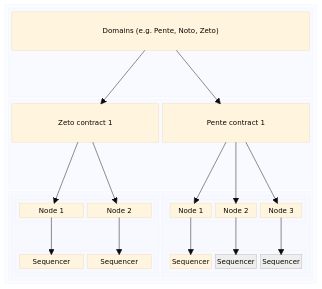
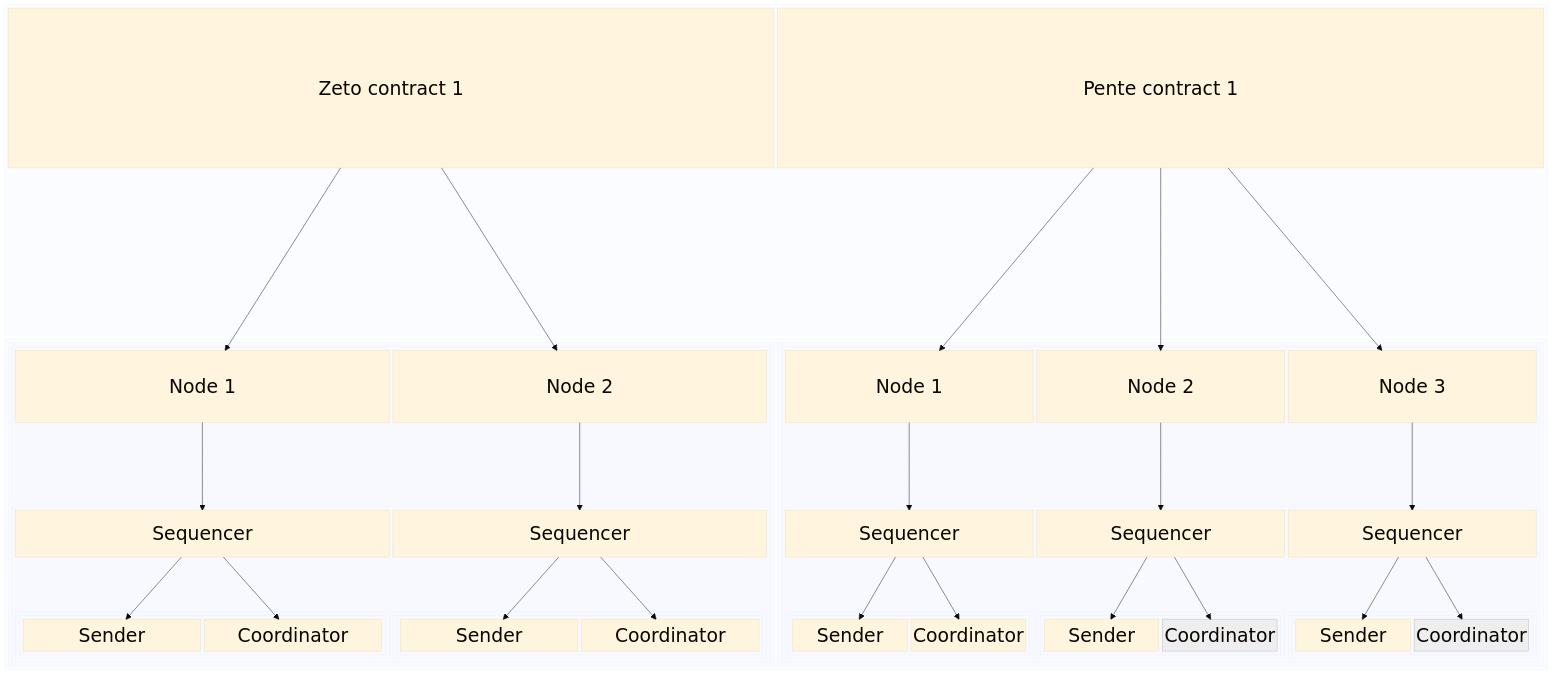
The first of 7 diagrams in doc-site/docs/architecture/distributed_sequencer.md (matthew1001/paladin), drawn with Mermaid before and after one commit. The commit also changed other lines of this file, not shown here.

Commit message:
Tweaks to wording and diagrams

````diff
--- a/doc-site/docs/architecture/distributed_sequencer.md
+++ b/doc-site/docs/architecture/distributed_sequencer.md
@@ -7,51 +23,85 @@
 ```mermaid
-%%{init: {'theme': 'base', 'themeVariables': { 'fontSize': '15px'}}}%%
+%%{init: {'theme': 'base', 'themeVariables': { 'fontSize': '40px'}}}%%
 block-beta
-    block:domain
       columns 1
-      block:domains
-        columns 1
-        d["Domains (e.g. Pente, Noto, Zeto)"]
-        space
-      end
       block:domaintokens
         columns 2
         domainContract1["Zeto contract 1"]
         domainContract2["Pente contract 1"]
         space
+        space
       end
-      block:domainnodes
+      block:domaincontracts
         columns 2
-        block:seq1
+        block:zetonodes
           columns 1
-          block:sc1
+          block:zetonodelist
+            columns 2
             c1node1["Node 1"]
             c1node2["Node 2"]
+            space
+            space
           end
-          space
-          block:sc5
+          block:zetosequencercomponents
+            columns 2
             c1node1sequencer["Sequencer"]
             c1node2sequencer["Sequencer"]
+            space
+            space
+            block:seq1componentlist
+              block:seq1components
+                c1node1sender["Sender"]
+                c1node1coordinator["Coordinator"]
+              end
+            end
+            block:seq2componentlist
+              block:seq2components
+                c1node2sender["Sender"]
+                c1node2coordinator["Coordinator"]
+              end
+            end
           end
         end
-        block:seq2
+        block:pentenodes
           columns 1
-          block:sc2
+          block:pentenodelist
+            columns 3
             c2node1["Node 1"]
             c2node2["Node 2"]
             c2node3["Node 3"]
+            space
+            space
+            space
           end
-          space
-          block:sc4
+          block:pentesequencercomponents
+            columns 3
             c2node1sequencer["Sequencer"]
             c2node2sequencer["Sequencer"]
             c2node3sequencer["Sequencer"]
+            space
+            space
+            space
+            block:seq3componentlist
+              block:seq3components
+                c2node1sender["Sender"]
+                c2node1coordinator["Coordinator"]
+              end
+            end
+            block:seq4componentlist
+              block:seq4components
+                c2node2sender["Sender"]
+                c2node2coordinator["Coordinator"]
+              end
+            end
+            block:seq5componentlist
+              block:seq5components
+                c2node3sender["Sender"]
+                c2node3coordinator["Coordinator"]
+              end
+            end
           end
         end
-      end
   end
-  d --> domainContract1
-  d --> domainContract2
   domainContract1 --> c1node1
   domainContract1 --> c1node2
   domainContract2 --> c2node1
@@ -62,6 +112,16 @@
   c2node1 --> c2node1sequencer
   c2node2 --> c2node2sequencer
   c2node3 --> c2node3sequencer
-  style c2node2sequencer fill:#eeeeee,stroke:#bbbbbb
-  style c2node3sequencer fill:#eeeeee,stroke:#bbbbbb
+  c1node1sequencer --> c1node1sender
+  c1node2sequencer --> c1node2sender
+  c1node1sequencer --> c1node1coordinator
+  c1node2sequencer --> c1node2coordinator
+  c2node1sequencer --> c2node1sender
+  c2node1sequencer --> c2node1coordinator
+  c2node2sequencer --> c2node2sender
+  c2node2sequencer --> c2node2coordinator
+  c2node3sequencer --> c2node3sender
+  c2node3sequencer --> c2node3coordinator
+  style c2node2coordinator fill:#eeeeee,stroke:#bbbbbb
+  style c2node3coordinator fill:#eeeeee,stroke:#bbbbbb
 ```
````
